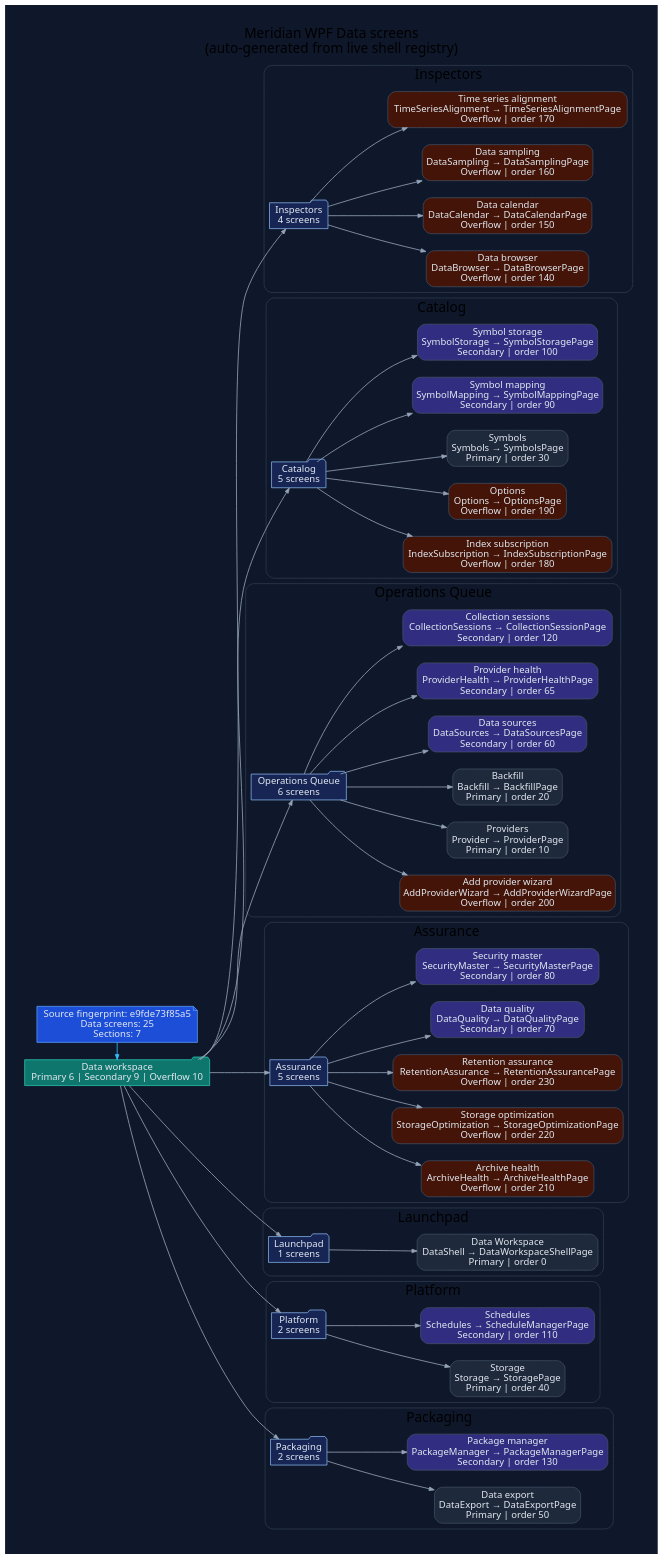
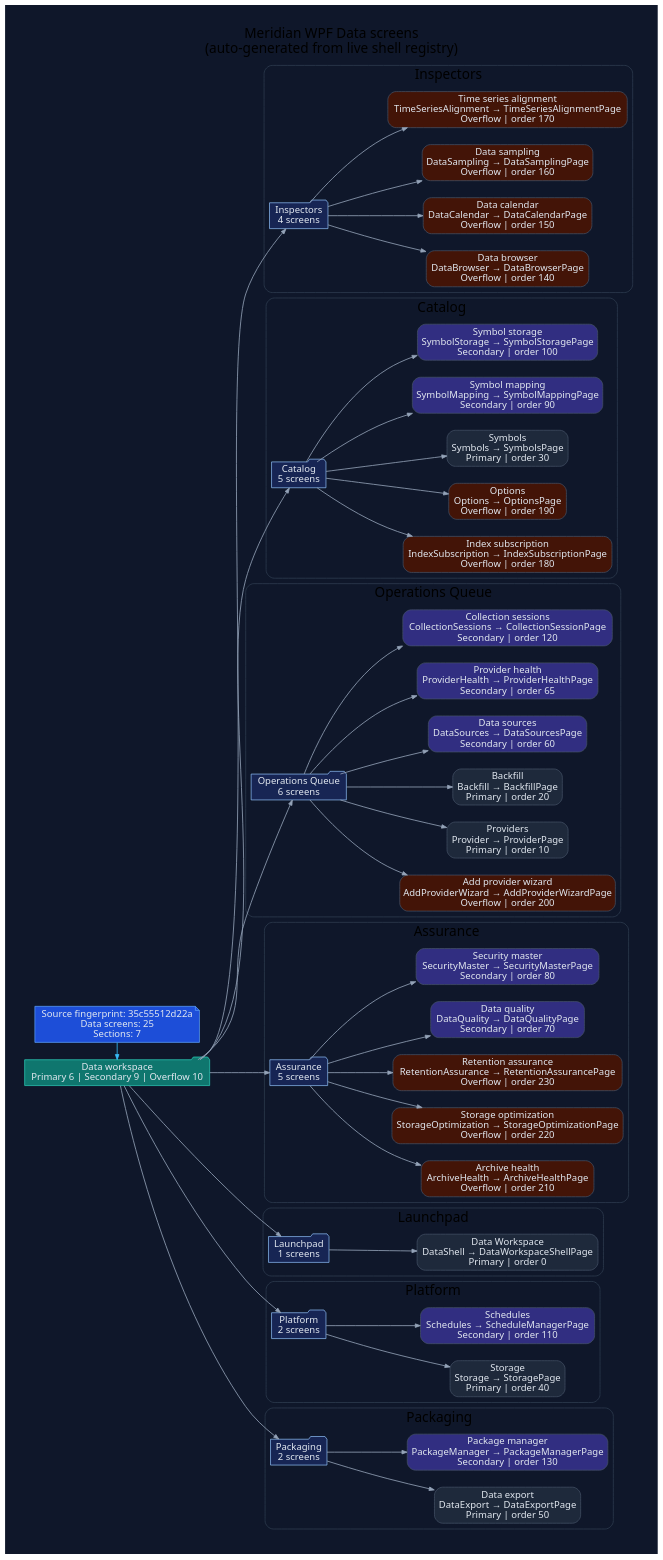
The diagram in docs/diagrams/ui/ui-wpf-screens-data.dot (rodoHasArrived/Meridian-main), drawn with Graphviz before and after one commit. The commit also changed 78 other files, not shown here.

```diff
--- a/docs/diagrams/ui/ui-wpf-screens-data.dot
+++ b/docs/diagrams/ui/ui-wpf-screens-data.dot
@@ -1,132 +1,132 @@
 // -----------------------------------------------------------------------------
 // <auto-generated>
 // Generated by scripts/generate-diagrams.mjs.
 // Do not edit this file directly; update the WPF source files instead.
 // -----------------------------------------------------------------------------
 digraph WpfDataScreens {
   graph [
     rankdir=LR,
     labelloc=t,
     label="Meridian WPF Data screens\n(auto-generated from live shell registry)",
     fontname="Segoe UI",
     fontsize=20,
     pad=0.4,
     nodesep=0.35,
     ranksep=0.85,
     bgcolor="#0f172a"
   ];
   node [fontname="Segoe UI", shape=box, style="rounded,filled", color="#475569", fontcolor="#e2e8f0", fillcolor="#1e293b"];
   edge [fontname="Segoe UI", color="#94a3b8", penwidth=1.2, arrowsize=0.75];
 
-  generated [shape=note, fillcolor="#1d4ed8", color="#60a5fa", label="Source fingerprint: e9fde73f85a5\nData screens: 25\nSections: 7"];
+  generated [shape=note, fillcolor="#1d4ed8", color="#60a5fa", label="Source fingerprint: 35c55512d22a\nData screens: 25\nSections: 7"];
   workspace [shape=folder, fillcolor="#0f766e", color="#2dd4bf", label="Data workspace\nPrimary 6 | Secondary 9 | Overflow 10"];
   generated -> workspace [color="#38bdf8"];
 
   subgraph cluster_section_1 {
     label="Inspectors";
     color="#334155";
     style="rounded";
     section_1 [shape=folder, fillcolor="#172554", color="#93c5fd", label="Inspectors\n4 screens"];
     workspace -> section_1;
     screen_DataBrowser [fillcolor="#431407", label="Data browser\nDataBrowser → DataBrowserPage\nOverflow | order 140"];
     section_1 -> screen_DataBrowser;
     screen_DataCalendar [fillcolor="#431407", label="Data calendar\nDataCalendar → DataCalendarPage\nOverflow | order 150"];
     section_1 -> screen_DataCalendar;
     screen_DataSampling [fillcolor="#431407", label="Data sampling\nDataSampling → DataSamplingPage\nOverflow | order 160"];
     section_1 -> screen_DataSampling;
     screen_TimeSeriesAlignment [fillcolor="#431407", label="Time series alignment\nTimeSeriesAlignment → TimeSeriesAlignmentPage\nOverflow | order 170"];
     section_1 -> screen_TimeSeriesAlignment;
   }
 
   subgraph cluster_section_2 {
     label="Catalog";
     color="#334155";
     style="rounded";
     section_2 [shape=folder, fillcolor="#172554", color="#93c5fd", label="Catalog\n5 screens"];
     workspace -> section_2;
     screen_IndexSubscription [fillcolor="#431407", label="Index subscription\nIndexSubscription → IndexSubscriptionPage\nOverflow | order 180"];
     section_2 -> screen_IndexSubscription;
     screen_Options [fillcolor="#431407", label="Options\nOptions → OptionsPage\nOverflow | order 190"];
     section_2 -> screen_Options;
     screen_Symbols [fillcolor="#1e293b", label="Symbols\nSymbols → SymbolsPage\nPrimary | order 30"];
     section_2 -> screen_Symbols;
     screen_SymbolMapping [fillcolor="#312e81", label="Symbol mapping\nSymbolMapping → SymbolMappingPage\nSecondary | order 90"];
     section_2 -> screen_SymbolMapping;
     screen_SymbolStorage [fillcolor="#312e81", label="Symbol storage\nSymbolStorage → SymbolStoragePage\nSecondary | order 100"];
     section_2 -> screen_SymbolStorage;
   }
 
   subgraph cluster_section_3 {
     label="Operations Queue";
     color="#334155";
     style="rounded";
     section_3 [shape=folder, fillcolor="#172554", color="#93c5fd", label="Operations Queue\n6 screens"];
     workspace -> section_3;
     screen_AddProviderWizard [fillcolor="#431407", label="Add provider wizard\nAddProviderWizard → AddProviderWizardPage\nOverflow | order 200"];
     section_3 -> screen_AddProviderWizard;
     screen_Provider [fillcolor="#1e293b", label="Providers\nProvider → ProviderPage\nPrimary | order 10"];
     section_3 -> screen_Provider;
     screen_Backfill [fillcolor="#1e293b", label="Backfill\nBackfill → BackfillPage\nPrimary | order 20"];
     section_3 -> screen_Backfill;
     screen_DataSources [fillcolor="#312e81", label="Data sources\nDataSources → DataSourcesPage\nSecondary | order 60"];
     section_3 -> screen_DataSources;
     screen_ProviderHealth [fillcolor="#312e81", label="Provider health\nProviderHealth → ProviderHealthPage\nSecondary | order 65"];
     section_3 -> screen_ProviderHealth;
     screen_CollectionSessions [fillcolor="#312e81", label="Collection sessions\nCollectionSessions → CollectionSessionPage\nSecondary | order 120"];
     section_3 -> screen_CollectionSessions;
   }
 
   subgraph cluster_section_4 {
     label="Assurance";
     color="#334155";
     style="rounded";
     section_4 [shape=folder, fillcolor="#172554", color="#93c5fd", label="Assurance\n5 screens"];
     workspace -> section_4;
     screen_ArchiveHealth [fillcolor="#431407", label="Archive health\nArchiveHealth → ArchiveHealthPage\nOverflow | order 210"];
     section_4 -> screen_ArchiveHealth;
     screen_StorageOptimization [fillcolor="#431407", label="Storage optimization\nStorageOptimization → StorageOptimizationPage\nOverflow | order 220"];
     section_4 -> screen_StorageOptimization;
     screen_RetentionAssurance [fillcolor="#431407", label="Retention assurance\nRetentionAssurance → RetentionAssurancePage\nOverflow | order 230"];
     section_4 -> screen_RetentionAssurance;
     screen_DataQuality [fillcolor="#312e81", label="Data quality\nDataQuality → DataQualityPage\nSecondary | order 70"];
     section_4 -> screen_DataQuality;
     screen_SecurityMaster [fillcolor="#312e81", label="Security master\nSecurityMaster → SecurityMasterPage\nSecondary | order 80"];
     section_4 -> screen_SecurityMaster;
   }
 
   subgraph cluster_section_5 {
     label="Launchpad";
     color="#334155";
     style="rounded";
     section_5 [shape=folder, fillcolor="#172554", color="#93c5fd", label="Launchpad\n1 screens"];
     workspace -> section_5;
     screen_DataShell [fillcolor="#1e293b", label="Data Workspace\nDataShell → DataWorkspaceShellPage\nPrimary | order 0"];
     section_5 -> screen_DataShell;
   }
 
   subgraph cluster_section_6 {
     label="Platform";
     color="#334155";
     style="rounded";
     section_6 [shape=folder, fillcolor="#172554", color="#93c5fd", label="Platform\n2 screens"];
     workspace -> section_6;
     screen_Storage [fillcolor="#1e293b", label="Storage\nStorage → StoragePage\nPrimary | order 40"];
     section_6 -> screen_Storage;
     screen_Schedules [fillcolor="#312e81", label="Schedules\nSchedules → ScheduleManagerPage\nSecondary | order 110"];
     section_6 -> screen_Schedules;
   }
 
   subgraph cluster_section_7 {
     label="Packaging";
     color="#334155";
     style="rounded";
     section_7 [shape=folder, fillcolor="#172554", color="#93c5fd", label="Packaging\n2 screens"];
     workspace -> section_7;
     screen_DataExport [fillcolor="#1e293b", label="Data export\nDataExport → DataExportPage\nPrimary | order 50"];
     section_7 -> screen_DataExport;
     screen_PackageManager [fillcolor="#312e81", label="Package manager\nPackageManager → PackageManagerPage\nSecondary | order 130"];
     section_7 -> screen_PackageManager;
   }
 
   { rank=min; generated; workspace; }
 }
```
